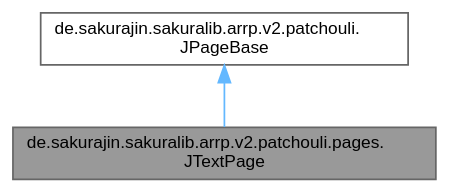
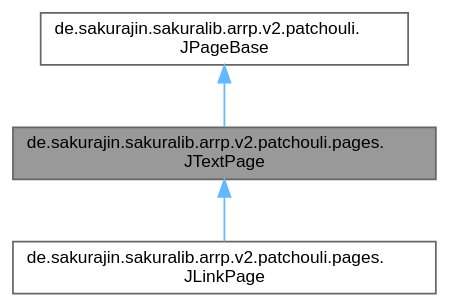
One commit to noah1510/sakura-lib changed the diagram in classde_1_1sakurajin_1_1sakuralib_1_1arrp_1_1v2_1_1patchouli_1_1pages_1_1JTextPage__inherit__graph.dot. Above: the diagram before and after it, drawn with Graphviz. The commit also changed 186 other files, not shown here.

```diff
--- a/classde_1_1sakurajin_1_1sakuralib_1_1arrp_1_1v2_1_1patchouli_1_1pages_1_1JTextPage__inherit__graph.dot
+++ b/classde_1_1sakurajin_1_1sakuralib_1_1arrp_1_1v2_1_1patchouli_1_1pages_1_1JTextPage__inherit__graph.dot
@@ -1,10 +1,12 @@
 digraph "de.sakurajin.sakuralib.arrp.v2.patchouli.pages.JTextPage"
 {
  // LATEX_PDF_SIZE
   bgcolor="transparent";
   edge [fontname=Helvetica,fontsize=10,labelfontname=Helvetica,labelfontsize=10];
   node [fontname=Helvetica,fontsize=10,shape=box,height=0.2,width=0.4];
   Node1 [label="de.sakurajin.sakuralib.arrp.v2.patchouli.pages.\lJTextPage",height=0.2,width=0.4,color="gray40", fillcolor="grey60", style="filled", fontcolor="black",tooltip="A page containing only text."];
   Node2 -> Node1 [dir="back",color="steelblue1",style="solid"];
   Node2 [label="de.sakurajin.sakuralib.arrp.v2.patchouli.\lJPageBase",height=0.2,width=0.4,color="gray40", fillcolor="white", style="filled",URL="$classde_1_1sakurajin_1_1sakuralib_1_1arrp_1_1v2_1_1patchouli_1_1JPageBase.html",tooltip="Base class for all pages This only contains the basic data common across all page types."];
+  Node1 -> Node3 [dir="back",color="steelblue1",style="solid"];
+  Node3 [label="de.sakurajin.sakuralib.arrp.v2.patchouli.pages.\lJLinkPage",height=0.2,width=0.4,color="gray40", fillcolor="white", style="filled",URL="$classde_1_1sakurajin_1_1sakuralib_1_1arrp_1_1v2_1_1patchouli_1_1pages_1_1JLinkPage.html",tooltip="A page containing a link."];
 }
```
